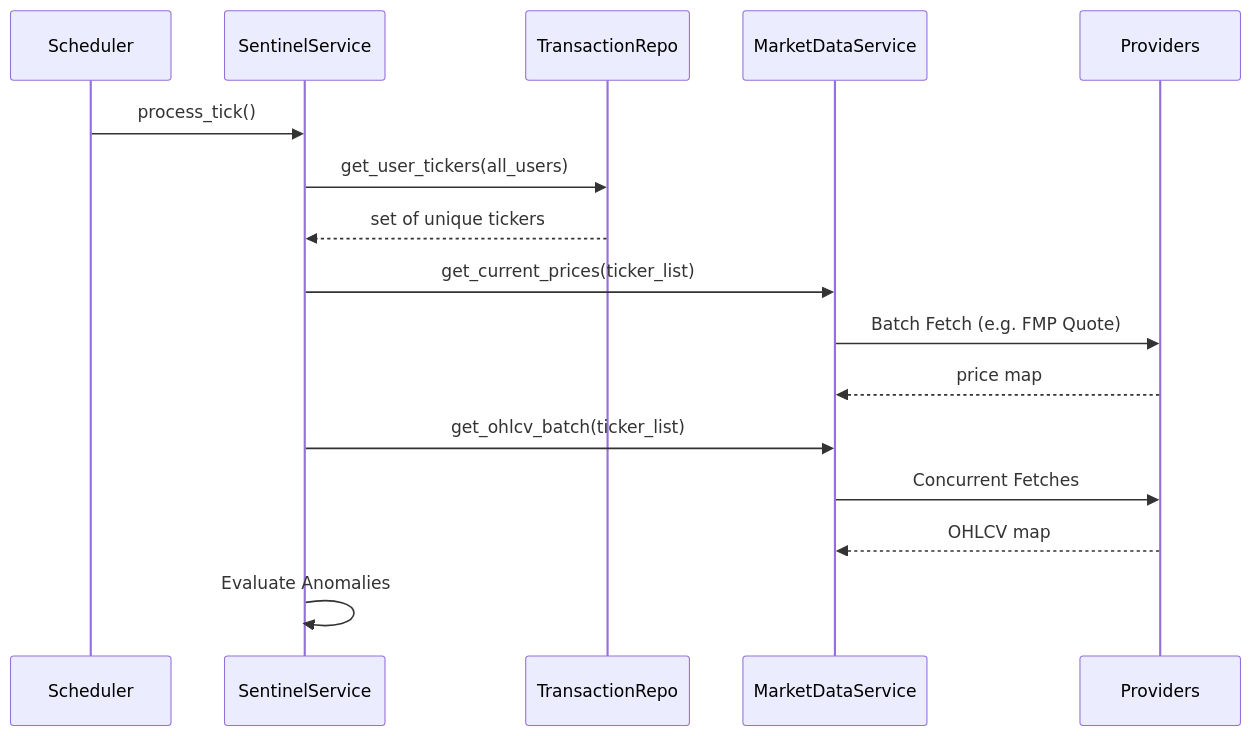
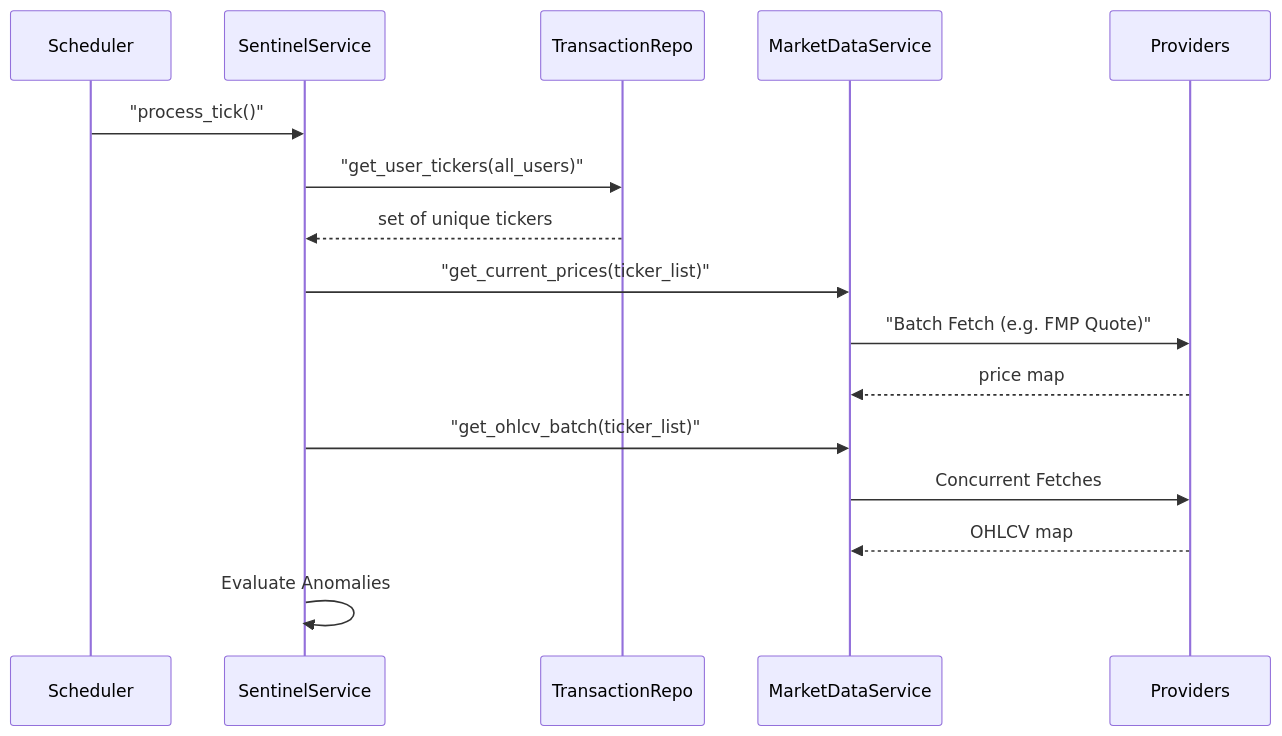
One commit to neohsiung/AI-Investment-Advisor changed the fourth of 4 diagrams in wiki/04_架構觀點-Architect_Views/系統全景圖-System-Landscape.md. Above: the diagram before and after it, drawn with Mermaid. The commit also changed other lines of this file and 15 other files, not shown here.

First line of the commit message:
docs(wiki): optimize structure, standardize flat-links, and fix mermaid syntax

````diff
--- a/wiki/04_架構觀點-Architect_Views/系統全景圖-System-Landscape.md
+++ b/wiki/04_架構觀點-Architect_Views/系統全景圖-System-Landscape.md
@@ -147,19 +147,19 @@
 ```mermaid
 sequenceDiagram
     participant S as Scheduler
     participant Sen as SentinelService
     participant TR as TransactionRepo
     participant MDS as MarketDataService
     participant P as Providers
 
-    S->>Sen: process_tick()
-    Sen->>TR: get_user_tickers(all_users)
+    S->>Sen:"process_tick()"
+    Sen->>TR:"get_user_tickers(all_users)"
     TR-->>Sen: set of unique tickers
-    Sen->>MDS: get_current_prices(ticker_list)
-    MDS->>P: Batch Fetch (e.g. FMP Quote)
+    Sen->>MDS:"get_current_prices(ticker_list)"
+    MDS->>P:"Batch Fetch (e.g. FMP Quote)"
     P-->>MDS: price map
-    Sen->>MDS: get_ohlcv_batch(ticker_list)
+    Sen->>MDS:"get_ohlcv_batch(ticker_list)"
     MDS->>P: Concurrent Fetches 
     P-->>MDS: OHLCV map
     Sen->>Sen: Evaluate Anomalies
 ```
````
